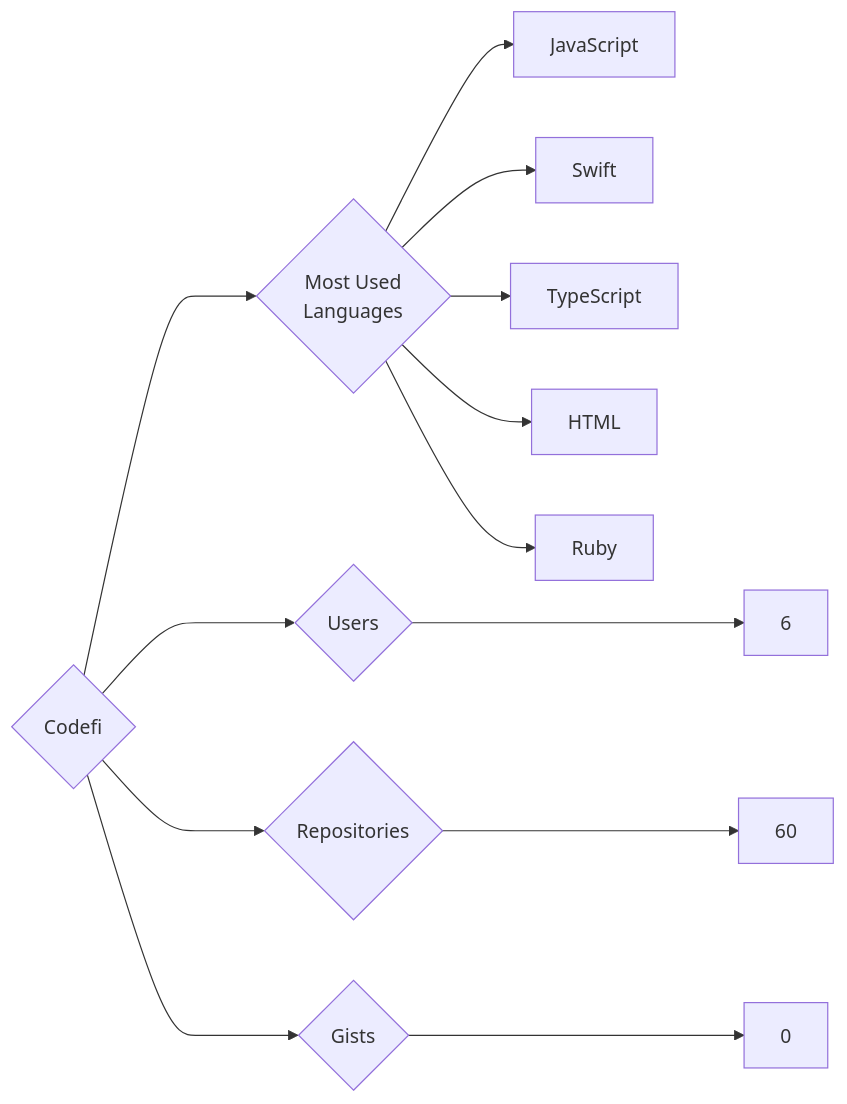
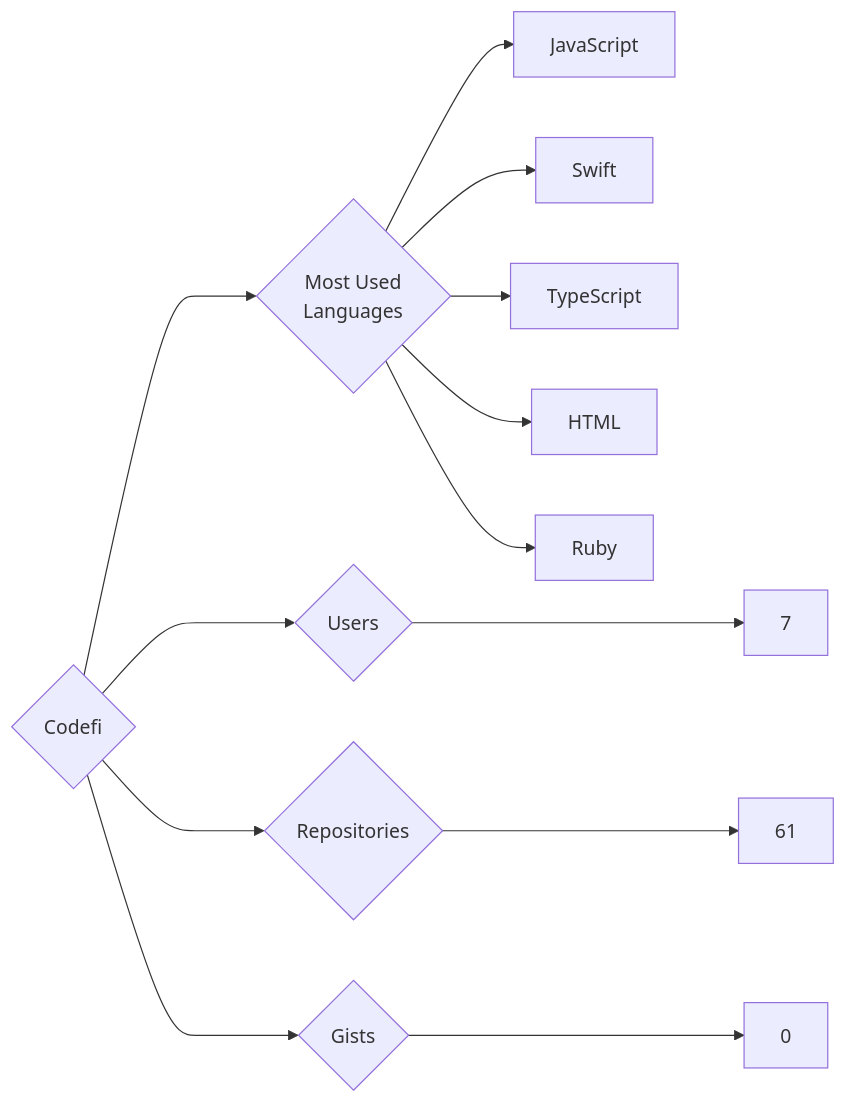
The diagram in targets/Codefi/README.md (trickest/insiders), drawn with Mermaid before and after one commit. The commit also changed 951 other files, not shown here.

````diff
--- a/targets/Codefi/README.md
+++ b/targets/Codefi/README.md
@@ -3,13 +3,13 @@
 ```mermaid
 graph LR
 COMPANY_NAME{Codefi}
-COMPANY_NAME ---> U{Users} ---> UN[6]
-COMPANY_NAME ---> R{Repositories} ---> RN[60]
+COMPANY_NAME ---> U{Users} ---> UN[7]
+COMPANY_NAME ---> R{Repositories} ---> RN[61]
 COMPANY_NAME ---> G{Gists} ---> GN[0]
 COMPANY_NAME ---> ML{Most Used<br>Languages}
-ML --> JavaScript
-ML --> Swift
-ML --> TypeScript
-ML --> HTML
-ML --> Ruby
+ML --> JavaScript[JavaScript]
+ML --> Swift[Swift]
+ML --> TypeScript[TypeScript]
+ML --> HTML[HTML]
+ML --> Ruby[Ruby]
 ```
````
